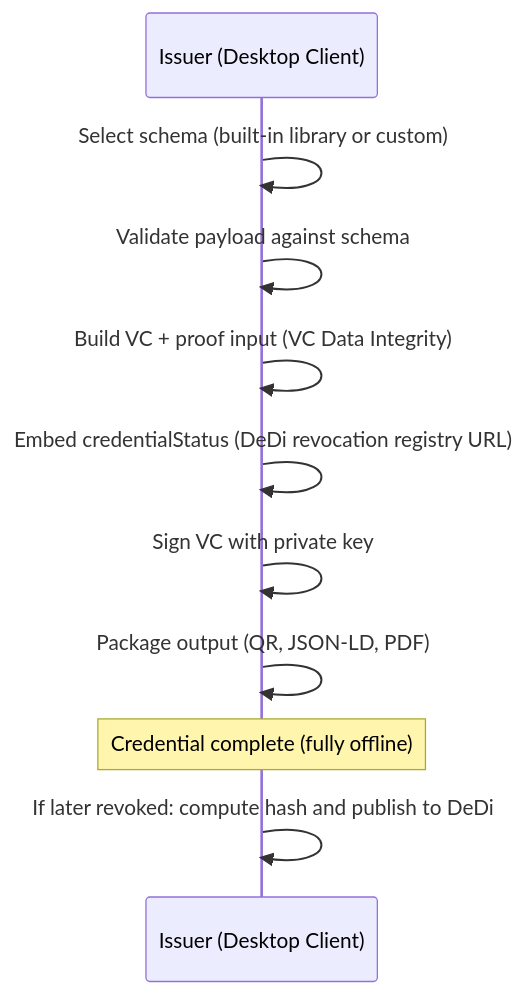
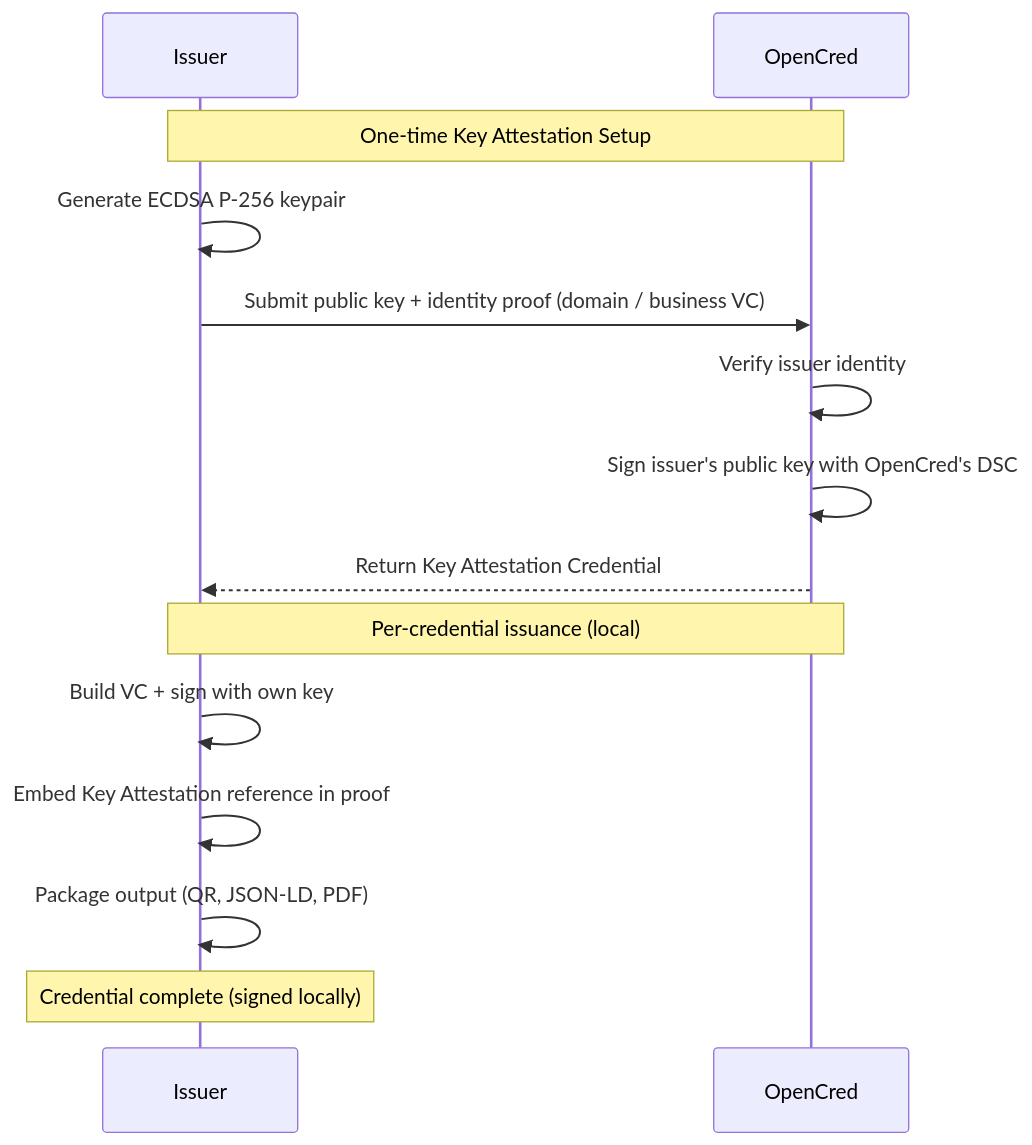
Before and after one commit to nfh-trust-labs/opencred: the first of 6 diagrams in OpenCred_PRD.md, drawn with Mermaid. The commit also changed other lines of this file and 141 other files, not shown here.

First line of the commit message:
refactor: remove v1 apps and packages for desktop-first v2 architecture

````diff
--- a/OpenCred_PRD.md
+++ b/OpenCred_PRD.md
@@ -203,13 +160,18 @@
 ```mermaid
 sequenceDiagram
-    participant Issuer as Issuer (Desktop Client)
+    participant Issuer
+    participant OpenCred
 
-    Issuer->>Issuer: Select schema (built-in library or custom)
-    Issuer->>Issuer: Validate payload against schema
-    Issuer->>Issuer: Build VC + proof input (VC Data Integrity)
-    Issuer->>Issuer: Embed credentialStatus (DeDi revocation registry URL)
-    Issuer->>Issuer: Sign VC with private key
+    Note over Issuer,OpenCred: One-time Key Attestation Setup
+    Issuer->>Issuer: Generate ECDSA P-256 keypair
+    Issuer->>OpenCred: Submit public key + identity proof (domain / business VC)
+    OpenCred->>OpenCred: Verify issuer identity
+    OpenCred->>OpenCred: Sign issuer's public key with OpenCred's DSC
+    OpenCred-->>Issuer: Return Key Attestation Credential
+
+    Note over Issuer,OpenCred: Per-credential issuance (local)
+    Issuer->>Issuer: Build VC + sign with own key
+    Issuer->>Issuer: Embed Key Attestation reference in proof
     Issuer->>Issuer: Package output (QR, JSON-LD, PDF)
-    Note over Issuer: Credential complete (fully offline)
-    Issuer->>Issuer: If later revoked: compute hash and publish to DeDi
+    Note over Issuer: Credential complete (signed locally)
 ```
````
